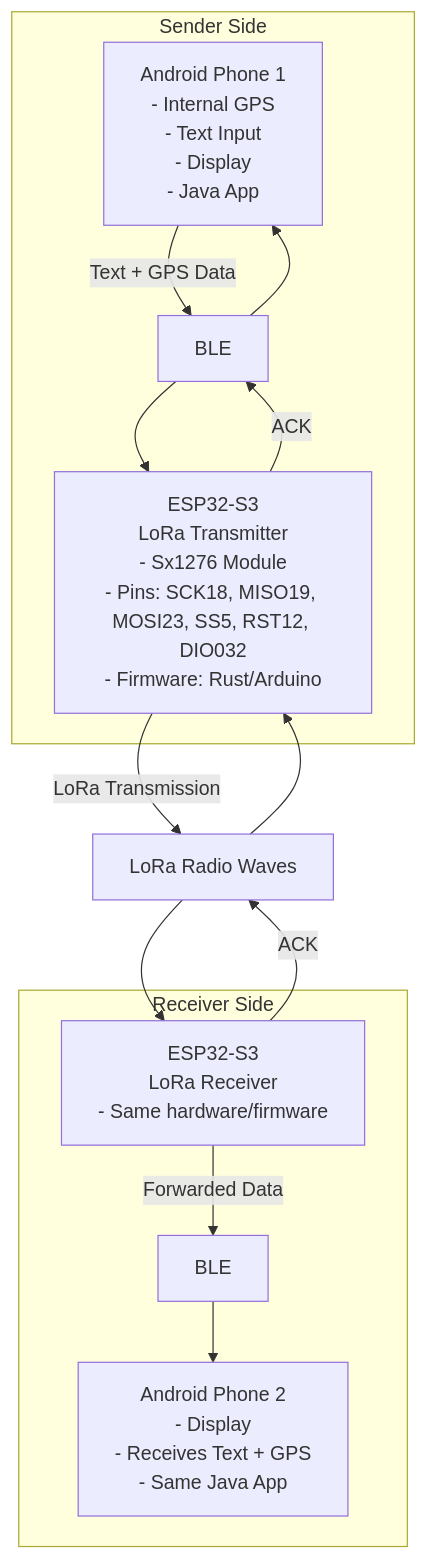
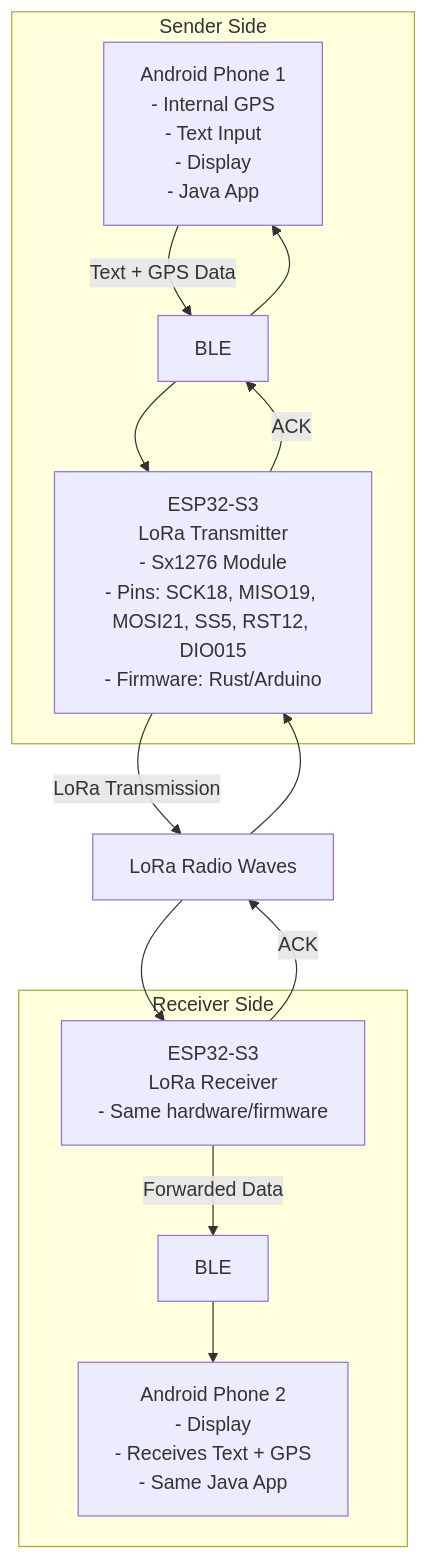
The diagram in architecture.md (psytraxx/android-lora-ble-bridge), drawn with Mermaid before and after one commit. The commit also changed 5 other files, not shown here.

````diff
--- a/architecture.md
+++ b/architecture.md
@@ -1,26 +1,26 @@
 ```mermaid
 graph TD
     A[Android Phone 1<br/>- Internal GPS<br/>- Text Input<br/>- Display<br/>- Java App] -->|Text + GPS Data| B[BLE]
-    B --> C[ESP32-S3<br/>LoRa Transmitter<br/>- Sx1276 Module<br/>- Pins: SCK18, MISO19, MOSI23, SS5, RST12, DIO032<br/>- Firmware: Rust/Arduino]
+    B --> C[ESP32-S3<br/>LoRa Transmitter<br/>- Sx1276 Module<br/>- Pins: SCK18, MISO19, MOSI21, SS5, RST12, DIO015<br/>- Firmware: Rust/Arduino]
     C -->|LoRa Transmission| D[LoRa Radio Waves]
     D --> E[ESP32-S3<br/>LoRa Receiver<br/>- Same hardware/firmware]
     E -->|Forwarded Data| F[BLE]
     F --> G[Android Phone 2<br/>- Display<br/>- Receives Text + GPS<br/>- Same Java App]
     
     E -->|ACK| D
     D --> C
     C -->|ACK| B
     B --> A
     
     subgraph "Sender Side"
         A
         B
         C
     end
     
     subgraph "Receiver Side"
         E
         F
         G
     end
 ```
````
